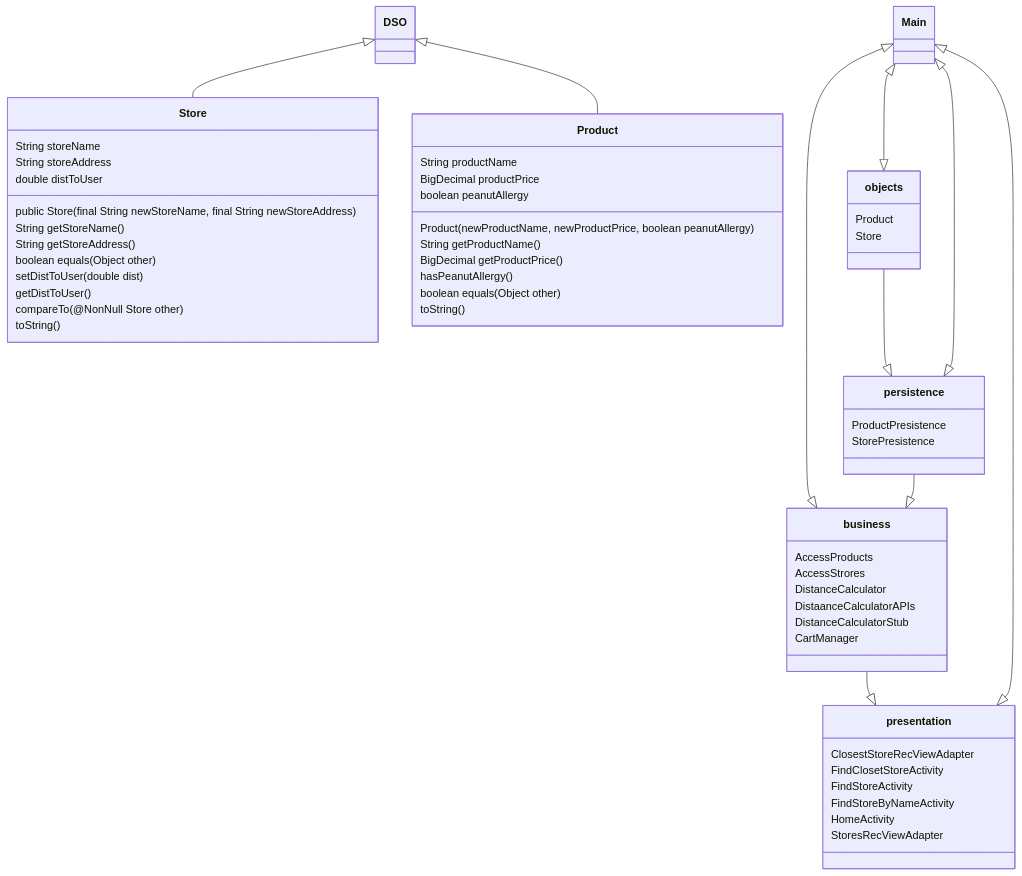
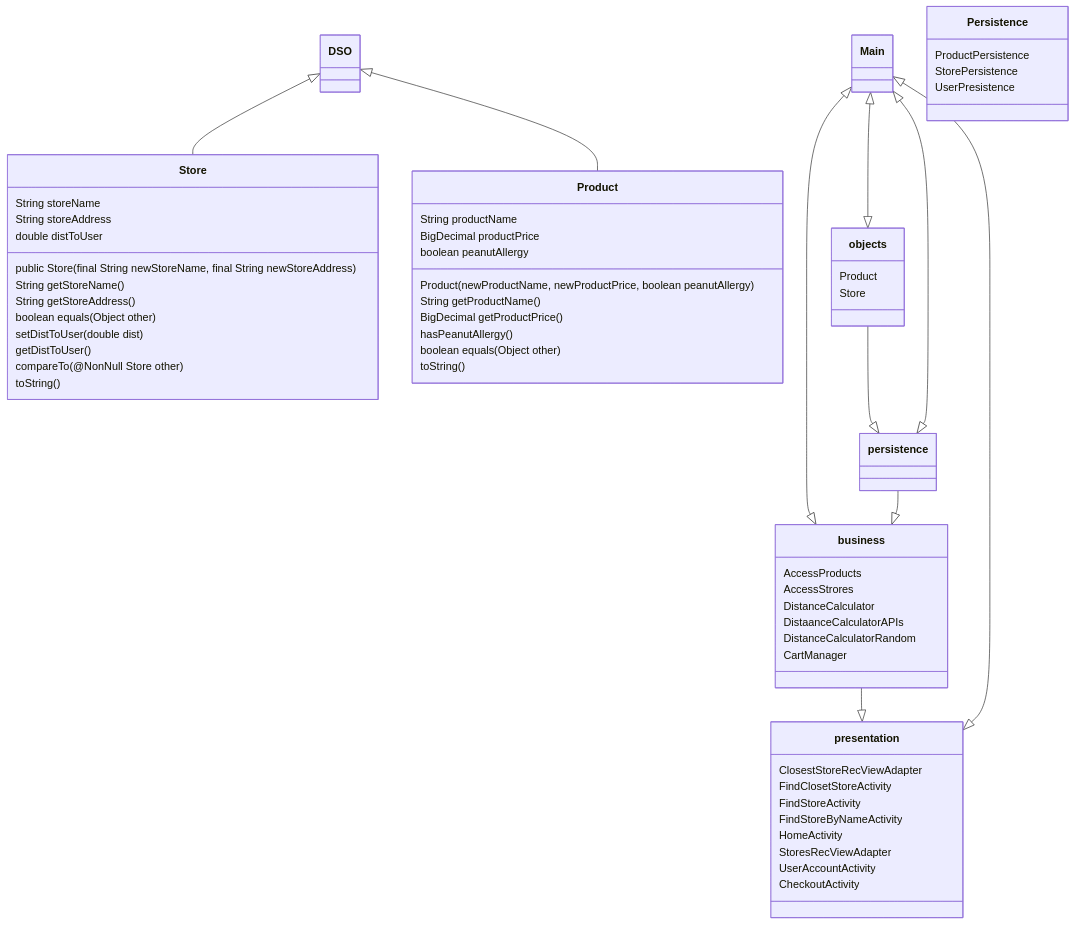
Before and after one commit to timonchen/GoCart: the diagram in ARCHITECTURE.md, drawn with Mermaid. The commit also changed other lines of this file, not shown here.

Commit message:
Replace ARCHITECTURE.md

````diff
--- a/ARCHITECTURE.md
+++ b/ARCHITECTURE.md
@@ -29,74 +31,78 @@
 ```mermaid
 classDiagram
    
     Main <|--|> business
     Main <|--|> objects
     Main <|--|> persistence 
     Main <|--|> presentation
     DSO <|-- Store
     DSO <|-- Product
     business --|> presentation
     persistence --|> business
     objects --|> persistence
     class Main{
     }
 
  class business{
 	AccessProducts
 	AccessStrores
 	DistanceCalculator
 	DistaanceCalculatorAPIs
-	DistanceCalculatorStub
+	DistanceCalculatorRandom
 CartManager
 
 
 }
 
 class objects{
 Product
 Store
 }
 
-class persistence{
-ProductPresistence
-StorePresistence
+class Persistence{
+ProductPersistence
+StorePersistence
+UserPresistence
 }
 
 class presentation{
 ClosestStoreRecViewAdapter
 FindClosetStoreActivity
 FindStoreActivity
 FindStoreByNameActivity
 HomeActivity
 StoresRecViewAdapter
+UserAccountActivity
+CheckoutActivity
+
 }
  class DSO{
     }
 
 class Product{
 String productName
 BigDecimal productPrice
 boolean peanutAllergy
 Product(newProductName, newProductPrice, boolean peanutAllergy)
 String getProductName()
 BigDecimal getProductPrice()
 hasPeanutAllergy()
 boolean equals(Object other)
 toString()
 
 }
 
 class Store{
 String storeName
 String storeAddress
 double distToUser
 public Store(final String newStoreName, final String newStoreAddress)
 String getStoreName()
 String getStoreAddress()
 boolean equals(Object other) 
 setDistToUser(double dist)
 getDistToUser()
 compareTo(@NonNull Store other) 
 toString()
 }
 ```
````
